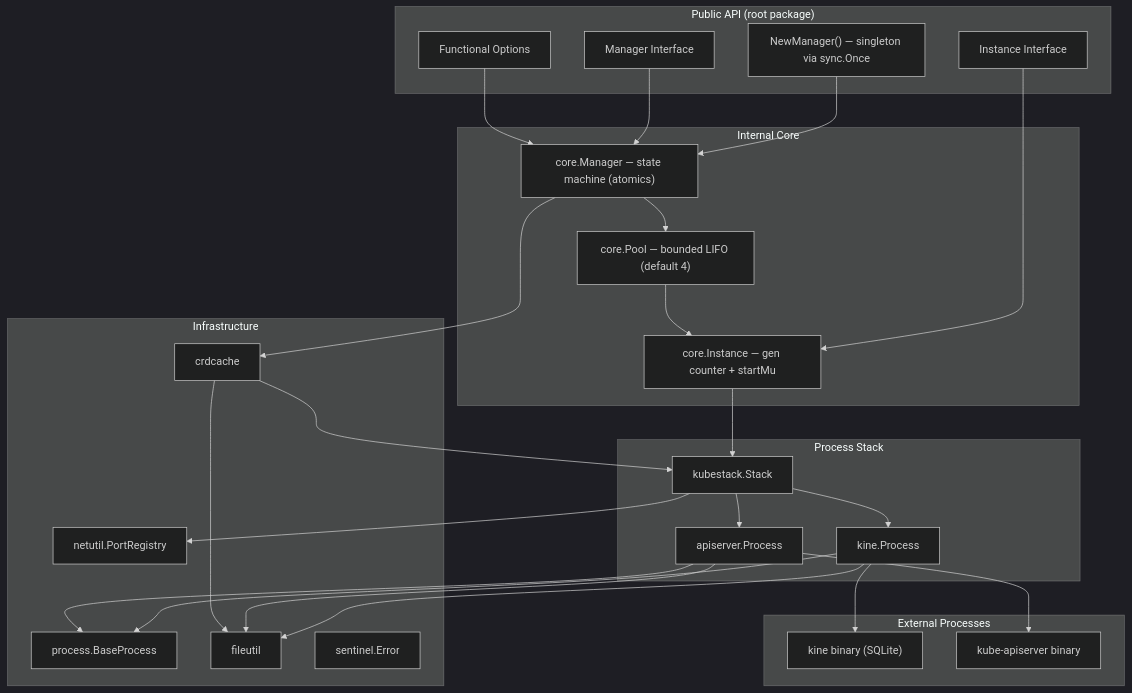
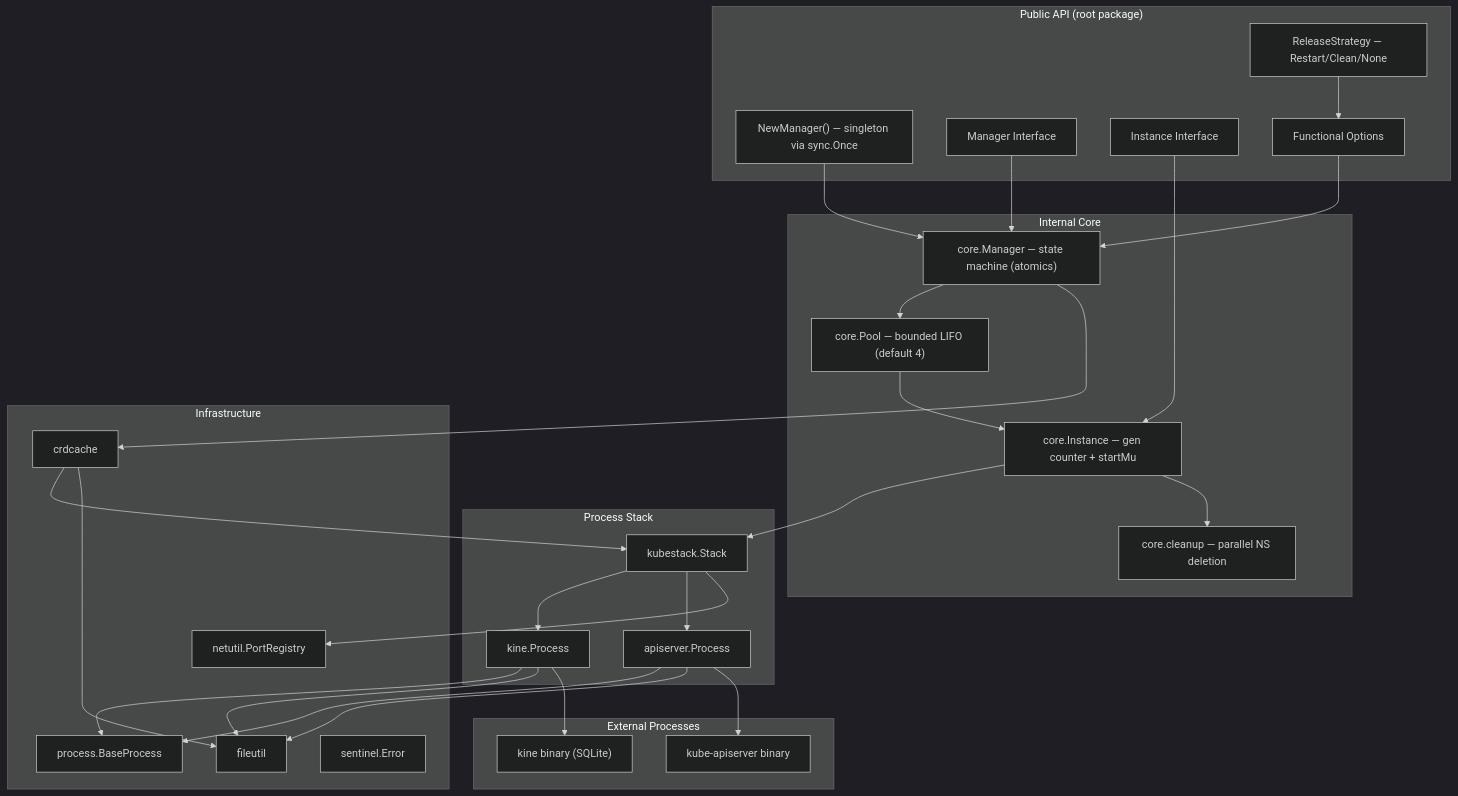
The first of 4 diagrams in docs/CODEBASE_MAP.md (giantswarm/k8senv), drawn with Mermaid (dark theme) before and after one commit. The commit also changed other lines of this file and 43 other files, not shown here.

````diff
--- a/docs/CODEBASE_MAP.md
+++ b/docs/CODEBASE_MAP.md
@@ -15,59 +15,63 @@
 ```mermaid
 graph TB
     subgraph "Public API (root package)"
         Factory["NewManager() — singleton via sync.Once"]
         MI[Manager Interface]
         II[Instance Interface]
         Opts[Functional Options]
+        Strat["ReleaseStrategy — Restart/Clean/None"]
     end
 
     subgraph "Internal Core"
         Mgr["core.Manager — state machine (atomics)"]
         Pool["core.Pool — bounded LIFO (default 4)"]
         Inst["core.Instance — gen counter + startMu"]
+        Clean["core.cleanup — parallel NS deletion"]
     end
 
     subgraph "Process Stack"
         Stack[kubestack.Stack]
         Kine[kine.Process]
         API[apiserver.Process]
     end
 
     subgraph "Infrastructure"
         Proc[process.BaseProcess]
         Net["netutil.PortRegistry"]
         File[fileutil]
         CRD[crdcache]
         Sentinel[sentinel.Error]
     end
 
     subgraph "External Processes"
         KineBin["kine binary (SQLite)"]
         APIBin["kube-apiserver binary"]
     end
 
     Factory --> Mgr
     MI --> Mgr
     II --> Inst
     Opts --> Mgr
+    Strat --> Opts
 
     Mgr --> Pool
     Pool --> Inst
     Inst --> Stack
+    Inst --> Clean
 
     Stack --> Kine
     Stack --> API
     Stack --> Net
 
     Kine --> Proc
     API --> Proc
     Kine --> File
     API --> File
 
     Kine --> KineBin
     API --> APIBin
 
     Mgr --> CRD
     CRD --> Stack
     CRD --> File
 ```
````
